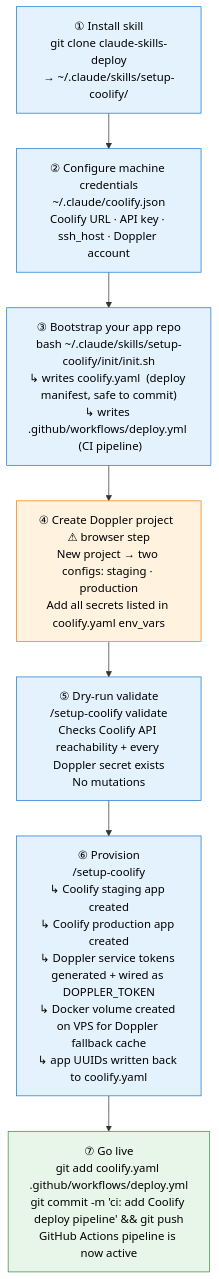
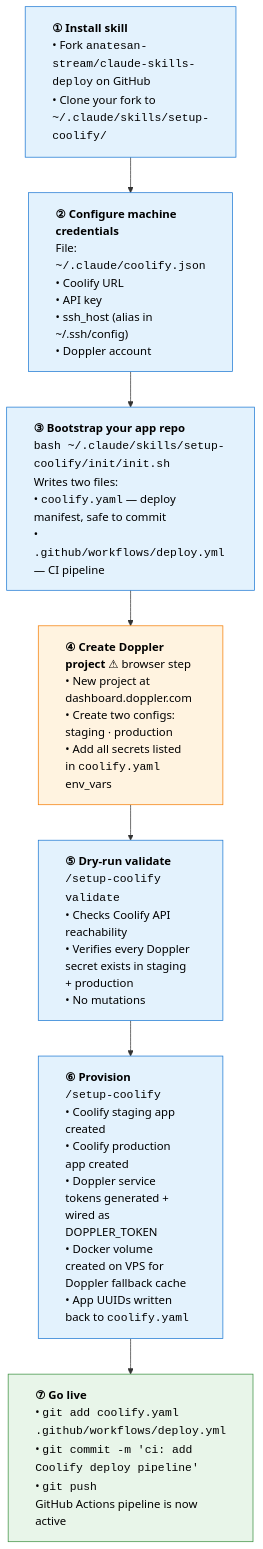
Before and after one commit to StrategemAI/claude-skills-deploy: the first of 2 diagrams in docs/architecture.md, drawn with Mermaid.

Commit message:
docs(architecture): left-justify setup flow boxes, use bullets, git fork in step 1
- Add %%{init: {"flowchart": {"htmlLabels": true}}}%% to enable HTML labels
- Wrap each node in <div style='text-align:left'> for left-justified text
- Replace → and ↳ arrow markers with • bullets throughout
- Break verbose nodes (provision, bootstrap) into one-item-per-line layout
- Step ①: change git clone to fork upstream then clone your fork
- Step ②: expand ssh_host description inline
- Step ⑤: split single long line into three separate bullet points

````diff
--- a/docs/architecture.md
+++ b/docs/architecture.md
@@ -11,20 +11,21 @@
 ```mermaid
+%%{init: {"flowchart": {"htmlLabels": true}}}%%
 flowchart TD
-    A["① Install skill\ngit clone claude-skills-deploy\n→ ~/.claude/skills/setup-coolify/"]
-    B["② Configure machine credentials\n~/.claude/coolify.json\nCoolify URL · API key · ssh_host · Doppler account"]
-    C["③ Bootstrap your app repo\nbash ~/.claude/skills/setup-coolify/init/init.sh\n↳ writes coolify.yaml  (deploy manifest, safe to commit)\n↳ writes .github/workflows/deploy.yml  (CI pipeline)"]
-    D["④ Create Doppler project  ⚠ browser step\nNew project → two configs: staging · production\nAdd all secrets listed in coolify.yaml env_vars"]
-    E["⑤ Dry-run validate\n/setup-coolify validate\nChecks Coolify API reachability + every Doppler secret exists\nNo mutations"]
-    F["⑥ Provision\n/setup-coolify\n↳ Coolify staging app created\n↳ Coolify production app created\n↳ Doppler service tokens generated + wired as DOPPLER_TOKEN\n↳ Docker volume created on VPS for Doppler fallback cache\n↳ app UUIDs written back to coolify.yaml"]
-    G["⑦ Go live\ngit add coolify.yaml .github/workflows/deploy.yml\ngit commit -m 'ci: add Coolify deploy pipeline' && git push\nGitHub Actions pipeline is now active"]
+    A["<div style='text-align:left; padding:2px 8px'><b>① Install skill</b><br/>• Fork <code>anatesan-stream/claude-skills-deploy</code> on GitHub<br/>• Clone your fork to <code>~/.claude/skills/setup-coolify/</code></div>"]
+    B["<div style='text-align:left; padding:2px 8px'><b>② Configure machine credentials</b><br/>File: <code>~/.claude/coolify.json</code><br/>• Coolify URL<br/>• API key<br/>• ssh_host (alias in ~/.ssh/config)<br/>• Doppler account</div>"]
+    C["<div style='text-align:left; padding:2px 8px'><b>③ Bootstrap your app repo</b><br/><code>bash ~/.claude/skills/setup-coolify/init/init.sh</code><br/>Writes two files:<br/>• <code>coolify.yaml</code> — deploy manifest, safe to commit<br/>• <code>.github/workflows/deploy.yml</code> — CI pipeline</div>"]
+    D["<div style='text-align:left; padding:2px 8px'><b>④ Create Doppler project</b> ⚠ browser step<br/>• New project at dashboard.doppler.com<br/>• Create two configs: staging · production<br/>• Add all secrets listed in <code>coolify.yaml</code> env_vars</div>"]
+    E["<div style='text-align:left; padding:2px 8px'><b>⑤ Dry-run validate</b><br/><code>/setup-coolify validate</code><br/>• Checks Coolify API reachability<br/>• Verifies every Doppler secret exists in staging + production<br/>• No mutations</div>"]
+    F["<div style='text-align:left; padding:2px 8px'><b>⑥ Provision</b><br/><code>/setup-coolify</code><br/>• Coolify staging app created<br/>• Coolify production app created<br/>• Doppler service tokens generated + wired as DOPPLER_TOKEN<br/>• Docker volume created on VPS for Doppler fallback cache<br/>• App UUIDs written back to <code>coolify.yaml</code></div>"]
+    G["<div style='text-align:left; padding:2px 8px'><b>⑦ Go live</b><br/>• <code>git add coolify.yaml .github/workflows/deploy.yml</code><br/>• <code>git commit -m 'ci: add Coolify deploy pipeline'</code><br/>• <code>git push</code><br/>GitHub Actions pipeline is now active</div>"]
 
     A --> B --> C --> D --> E --> F --> G
 
     style A fill:#e3f2fd,stroke:#1976D2,color:#000
     style B fill:#e3f2fd,stroke:#1976D2,color:#000
     style C fill:#e3f2fd,stroke:#1976D2,color:#000
     style D fill:#fff3e0,stroke:#F57C00,color:#000
     style E fill:#e3f2fd,stroke:#1976D2,color:#000
     style F fill:#e3f2fd,stroke:#1976D2,color:#000
     style G fill:#e8f5e9,stroke:#388E3C,color:#000
 ```
````
